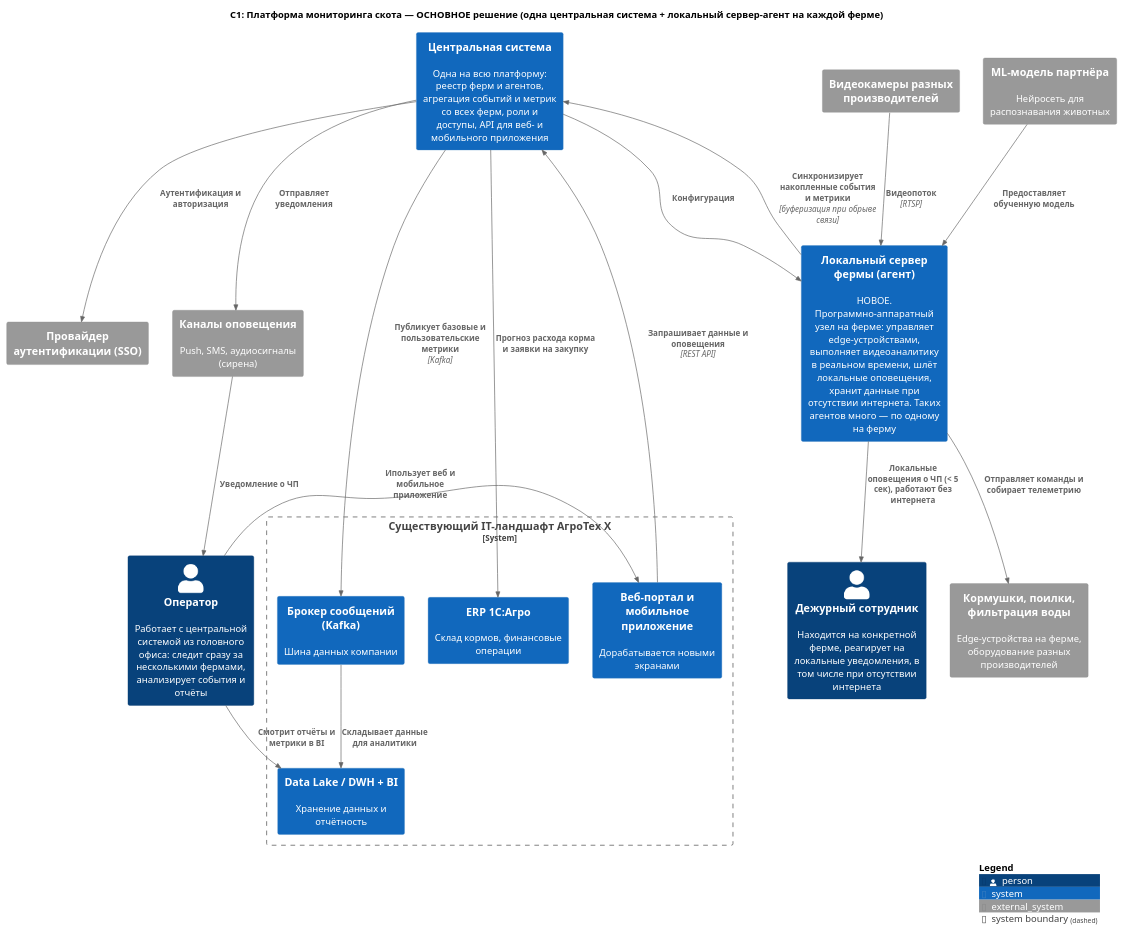
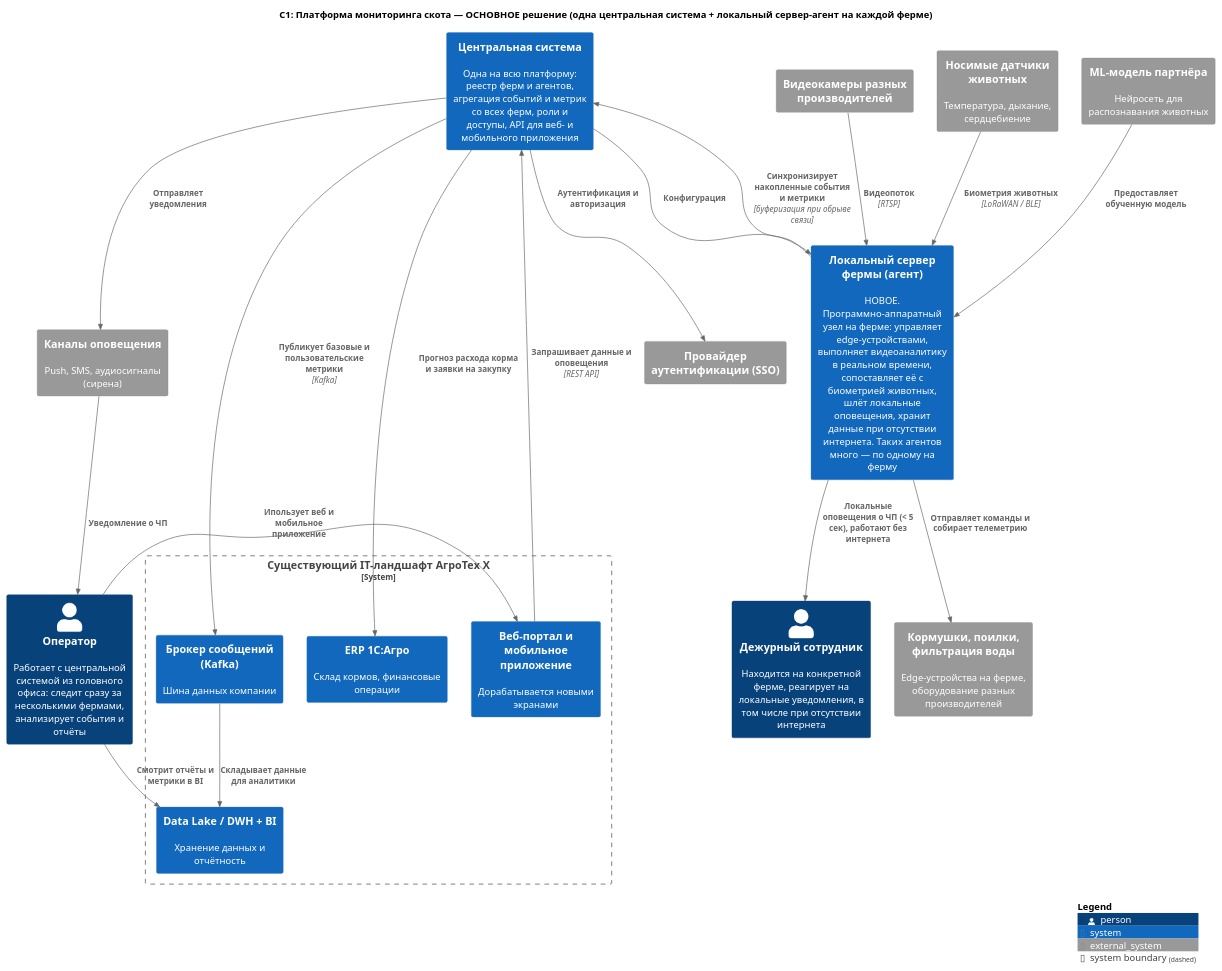
The diagram in Task1/c1-main.puml (skorogod/MSA-AgroTech), drawn with PlantUML before and after one commit. The commit also changed 10 other files, not shown here.

```diff
--- a/Task1/c1-main.puml
+++ b/Task1/c1-main.puml
@@ -1,53 +1,55 @@
 @startuml C1_Мониторинг_Скота_Основное_Решение
 
 !include ../templates/C4_Context.puml
 
 title C1: Платформа мониторинга скота — ОСНОВНОЕ решение (одна центральная система + локальный сервер-агент на каждой ферме)
 
 ' === Пользователи ===
 Person(оператор, "Оператор", "Работает с центральной системой из головного офиса: следит сразу за несколькими фермами, анализирует события и отчёты")
 Person(дежурный, "Дежурный сотрудник", "Находится на конкретной ферме, реагирует на локальные уведомления, в том числе при отсутствии интернета")
 
 ' === Разрабатываемые системы ===
-System(агент, "Локальный сервер фермы (агент)", "НОВОЕ. Программно-аппаратный узел на ферме: управляет edge-устройствами, выполняет видеоаналитику в реальном времени, шлёт локальные оповещения, хранит данные при отсутствии интернета. Таких агентов много — по одному на ферму")
+System(агент, "Локальный сервер фермы (агент)", "НОВОЕ. Программно-аппаратный узел на ферме: управляет edge-устройствами, выполняет видеоаналитику в реальном времени, сопоставляет её с биометрией животных, шлёт локальные оповещения, хранит данные при отсутствии интернета. Таких агентов много — по одному на ферму")
 
 System(центр, "Центральная система", "Одна на всю платформу: реестр ферм и агентов, агрегация событий и метрик со всех ферм, роли и доступы, API для веб- и мобильного приложения")
 
 ' === Существующий ландшафт АгроТех Х ===
 System_Boundary(ландшафт, "Существующий IT-ландшафт АгроТех Х") {
     System(kafka, "Брокер сообщений (Kafka)", "Шина данных компании")
     System(dwh, "Data Lake / DWH + BI", "Хранение данных и отчётность")
     System(erp, "ERP 1С:Агро", "Склад кормов, финансовые операции")
     System(портал, "Веб-портал и мобильное приложение", "Дорабатывается новыми экранами")
 }
 
 ' === Внешние системы ===
 System_Ext(камеры, "Видеокамеры разных производителей")
+System_Ext(датчики, "Носимые датчики животных", "Температура, дыхание, сердцебиение")
 System_Ext(оборудование, "Кормушки, поилки, фильтрация воды", "Edge-устройства на ферме, оборудование разных производителей")
 System_Ext(модель, "ML-модель партнёра", "Нейросеть для распознавания животных")
 System_Ext(auth, "Провайдер аутентификации (SSO)")
 System_Ext(нотификации, "Каналы оповещения", "Push, SMS, аудиосигналы (сирена)")
 
 ' === Связи на ферме (одна ферма = один агент) ===
 Rel(камеры, агент, "Видеопоток", "RTSP")
+Rel(датчики, агент, "Биометрия животных", "LoRaWAN / BLE")
 Rel(агент, оборудование, "Отправляет команды и собирает телеметрию")
 Rel(модель, агент, "Предоставляет обученную модель")
 Rel(агент, дежурный, "Локальные оповещения о ЧП (< 5 сек), работают без интернета")
 
 ' === Ферма <-> центральная система ===
 Rel(агент, центр, "Синхронизирует накопленные события и метрики", "буферизация при обрыве связи")
 Rel(центр, агент, "Конфигурация")
 
 ' === Центральная система <-> ландшафт компании ===
 Rel(портал, центр, "Запрашивает данные и оповещения", "REST API")
 Rel(оператор, портал, "Ипользует веб и мобильное приложение")
 Rel(оператор, dwh, "Смотрит отчёты и метрики в BI")
 Rel(центр, нотификации, "Отправляет уведомления")
 Rel(нотификации, оператор, "Уведомление о ЧП")
 Rel(центр, auth, "Аутентификация и авторизация")
 Rel(центр, kafka, "Публикует базовые и пользовательские метрики", "Kafka")
 Rel(kafka, dwh, "Складывает данные для аналитики")
 Rel(центр, erp, "Прогноз расхода корма и заявки на закупку")
 
 SHOW_LEGEND()
 @enduml
```
